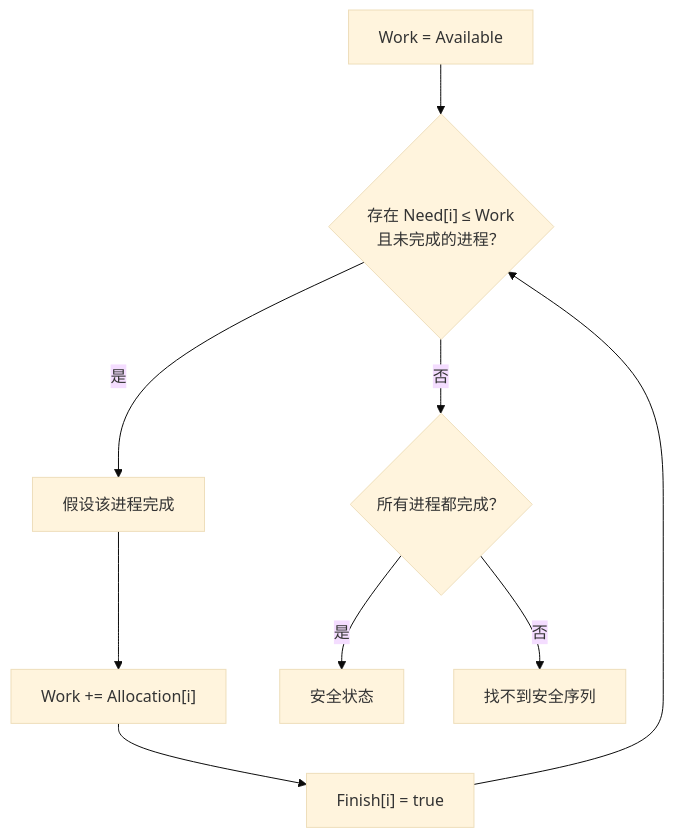
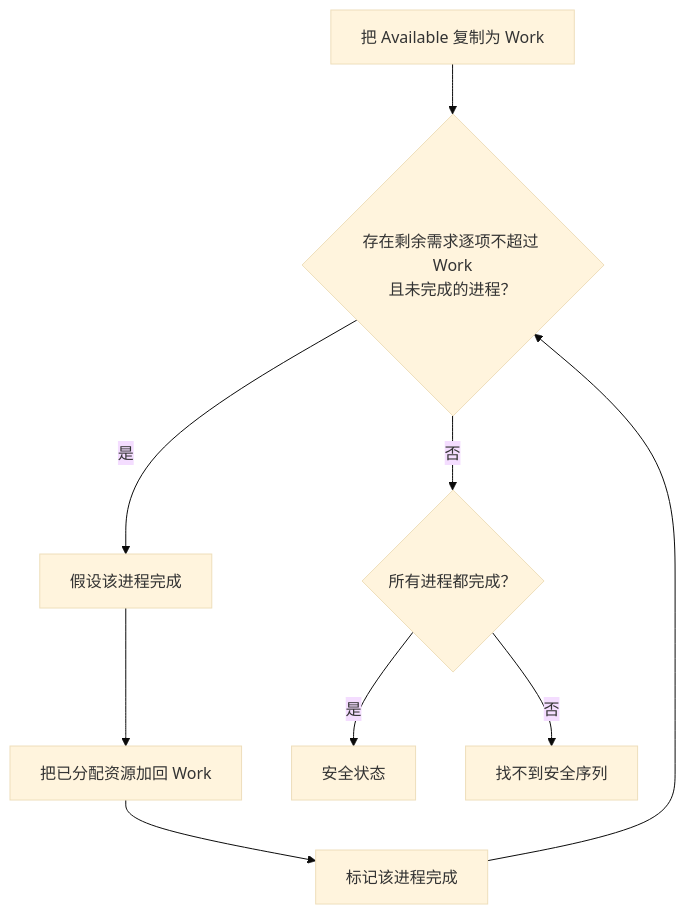
The diagram in 01_综合知识/01_计算机系统基础知识/02_操作系统/银行家算法安全性检查.md (74262195/system-architect-notes), drawn with Mermaid (base theme) before and after one commit. The commit also changed other lines of this file and 20 other files, not shown here.

````diff
--- a/01_综合知识/01_计算机系统基础知识/02_操作系统/银行家算法安全性检查.md
+++ b/01_综合知识/01_计算机系统基础知识/02_操作系统/银行家算法安全性检查.md
@@ -88,11 +80,11 @@
 ```mermaid
 flowchart TD
-    A["Work = Available"] --> B{"存在 Need[i] ≤ Work<br/>且未完成的进程？"}
+    A["把 Available 复制为 Work"] --> B{"存在剩余需求逐项不超过 Work<br/>且未完成的进程？"}
     B -->|是| C["假设该进程完成"]
-    C --> D["Work += Allocation[i]"]
-    D --> E["Finish[i] = true"]
+    C --> D["把已分配资源加回 Work"]
+    D --> E["标记该进程完成"]
     E --> B
     B -->|否| F{"所有进程都完成？"}
     F -->|是| G["安全状态"]
     F -->|否| H["找不到安全序列"]
 ```
````
